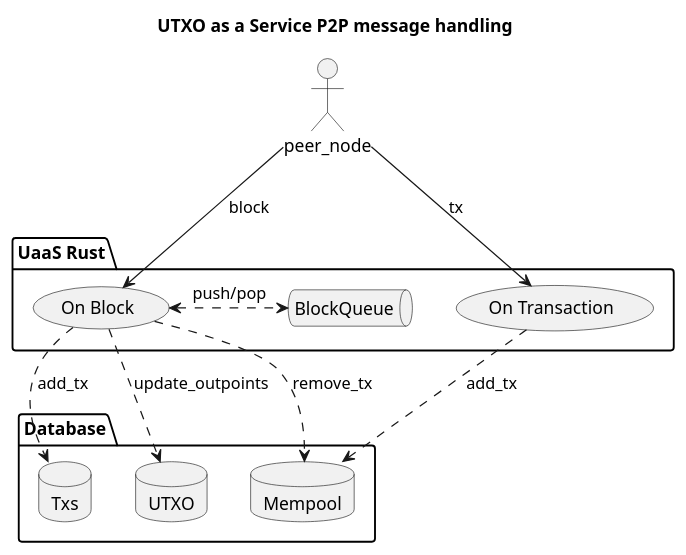
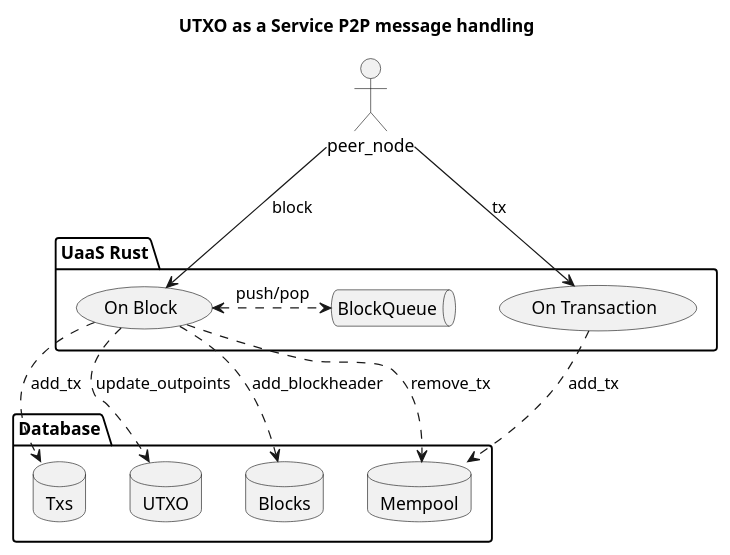
One commit to nchain-innovation/utxo-as-a-service changed the diagram in docs/diagrams/usecase.puml. Above: the diagram before and after it, drawn with PlantUML. The commit also changed 6 other files, not shown here.

```diff
--- a/docs/diagrams/usecase.puml
+++ b/docs/diagrams/usecase.puml
@@ -1,34 +1,36 @@
 @startuml
 title UTXO as a Service P2P message handling
 top to bottom direction
 'right to left direction
 
 actor peer_node as pn
 
 package "Database" {
     database Mempool
     database Txs
     database UTXO
+    database Blocks
 }
 
 package "UaaS Rust" {
 
     queue BlockQueue
 
     pn -down-> (On Transaction) :tx
 
     (On Transaction) .down.> (Mempool): add_tx
 
     pn -down-> (On Block) :block
 
     (On Block) .down.> (Mempool): remove_tx
     (On Block) .down.> (Txs): add_tx
     (On Block) .down.> (UTXO): update_outpoints
 
+    (On Block) .down.> (Blocks): add_blockheader
 
     (On Block) <.right.> BlockQueue: push/pop
 
 }
 
 
 @enduml
```
